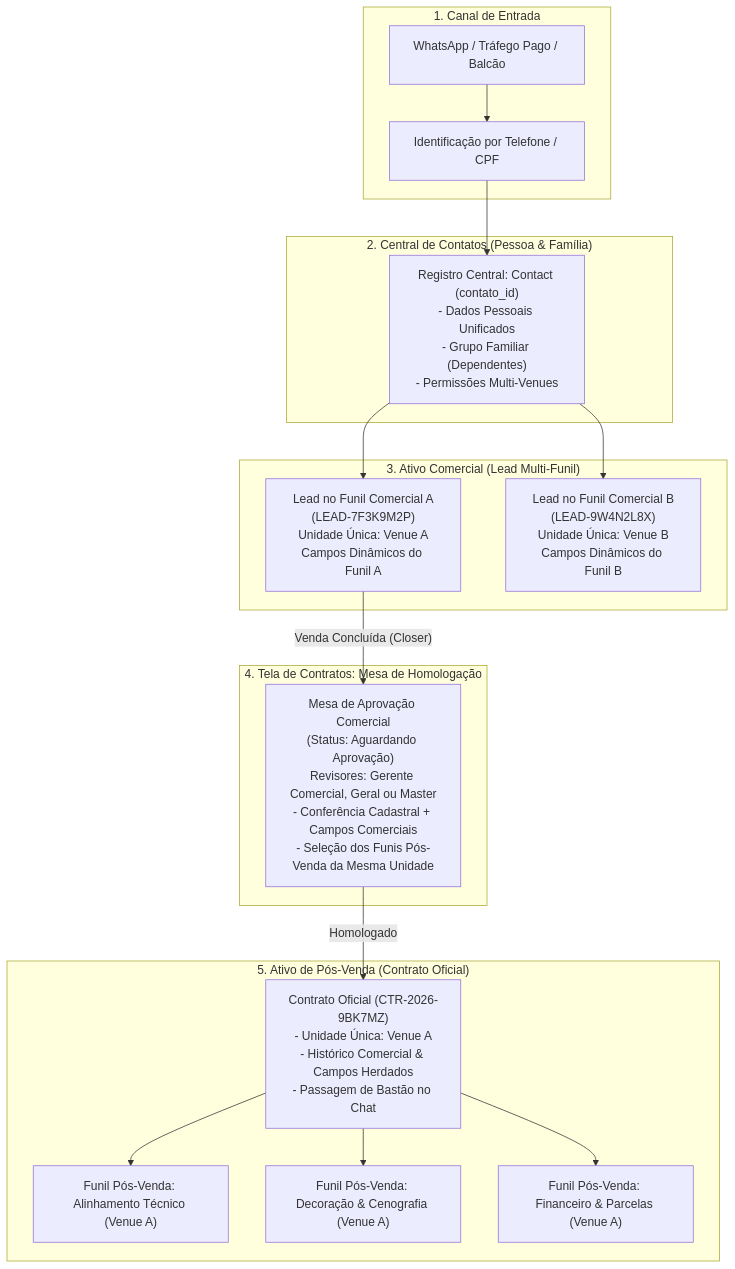
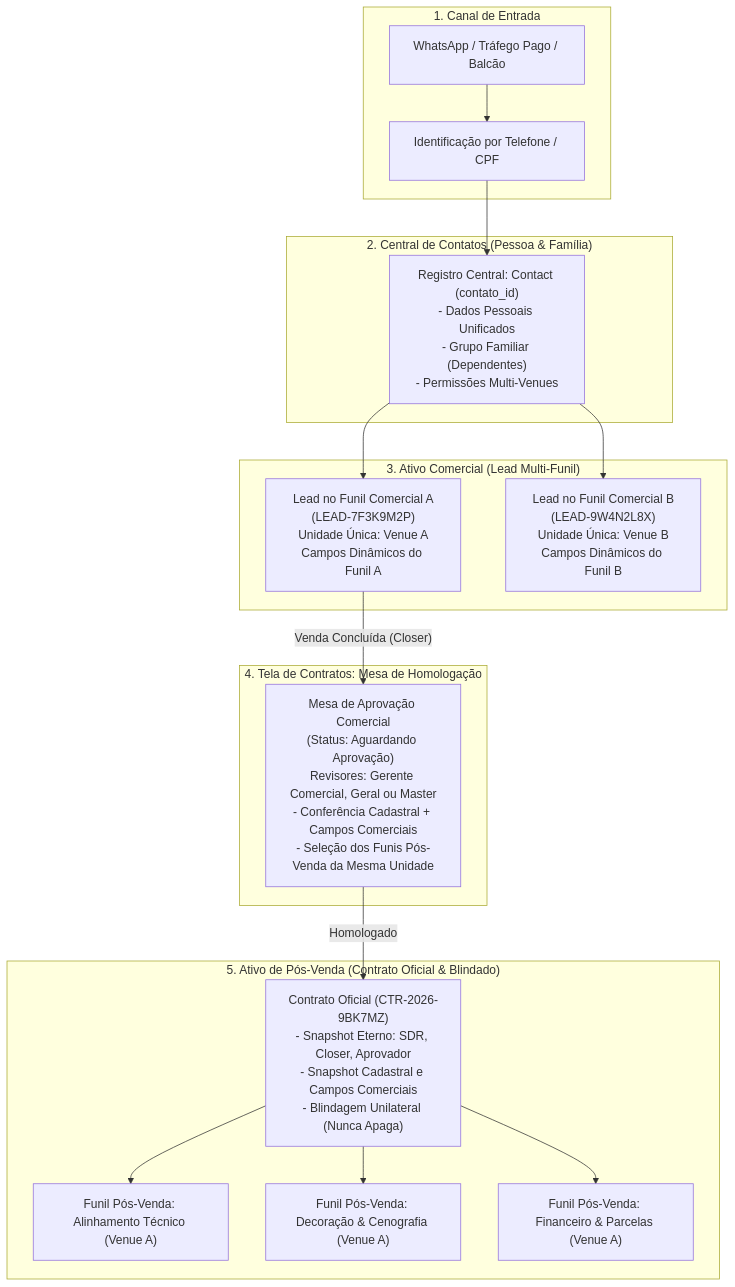
One commit to bonomofestas-web/Bonomo changed the first of 2 diagrams in docs/PLANO_ACAO_CENTRAL_CONTATOS_E_CONTRATOS.md. Above: the diagram before and after it, drawn with Mermaid. The commit also changed other lines of this file, not shown here.

Commit message:
docs: add contract immutability, eternal snapshot and unilateral isolation principle

````diff
--- a/docs/PLANO_ACAO_CENTRAL_CONTATOS_E_CONTRATOS.md
+++ b/docs/PLANO_ACAO_CENTRAL_CONTATOS_E_CONTRATOS.md
@@ -21,27 +22,27 @@
 ```mermaid
 flowchart TD
     subgraph Entrada["1. Canal de Entrada"]
         WPP["WhatsApp / Tráfego Pago / Balcão"] --> Identify["Identificação por Telefone / CPF"]
     end
 
     subgraph CentralContatos["2. Central de Contatos (Pessoa & Família)"]
         Identify --> Contact["Registro Central: Contact (contato_id)\n- Dados Pessoais Unificados\n- Grupo Familiar (Dependentes)\n- Permissões Multi-Venues"]
     end
 
     subgraph Comercial["3. Ativo Comercial (Lead Multi-Funil)"]
         Contact --> LeadA["Lead no Funil Comercial A\n(LEAD-7F3K9M2P)\nUnidade Única: Venue A\nCampos Dinâmicos do Funil A"]
         Contact --> LeadB["Lead no Funil Comercial B\n(LEAD-9W4N2L8X)\nUnidade Única: Venue B\nCampos Dinâmicos do Funil B"]
     end
 
     subgraph MesaAprovacao["4. Tela de Contratos: Mesa de Homologação"]
         LeadA -- "Venda Concluída (Closer)" --> ApprovalTable["Mesa de Aprovação Comercial\n(Status: Aguardando Aprovação)\nRevisores: Gerente Comercial, Geral ou Master\n- Conferência Cadastral + Campos Comerciais\n- Seleção dos Funis Pós-Venda da Mesma Unidade"]
     end
 
-    subgraph ContratoPosVenda["5. Ativo de Pós-Venda (Contrato Oficial)"]
-        ApprovalTable -- "Homologado" --> ContractEntity["Contrato Oficial (CTR-2026-9BK7MZ)\n- Unidade Única: Venue A\n- Histórico Comercial & Campos Herdados\n- Passagem de Bastão no Chat"]
+    subgraph ContratoPosVenda["5. Ativo de Pós-Venda (Contrato Oficial & Blindado)"]
+        ApprovalTable -- "Homologado" --> ContractEntity["Contrato Oficial (CTR-2026-9BK7MZ)\n- Snapshot Eterno: SDR, Closer, Aprovador\n- Snapshot Cadastral e Campos Comerciais\n- Blindagem Unilateral (Nunca Apaga)"]
         
         ContractEntity --> PosFunnel1["Funil Pós-Venda: Alinhamento Técnico (Venue A)"]
         ContractEntity --> PosFunnel2["Funil Pós-Venda: Decoração & Cenografia (Venue A)"]
         ContractEntity --> PosFunnel3["Funil Pós-Venda: Financeiro & Parcelas (Venue A)"]
     end
 ```
````
